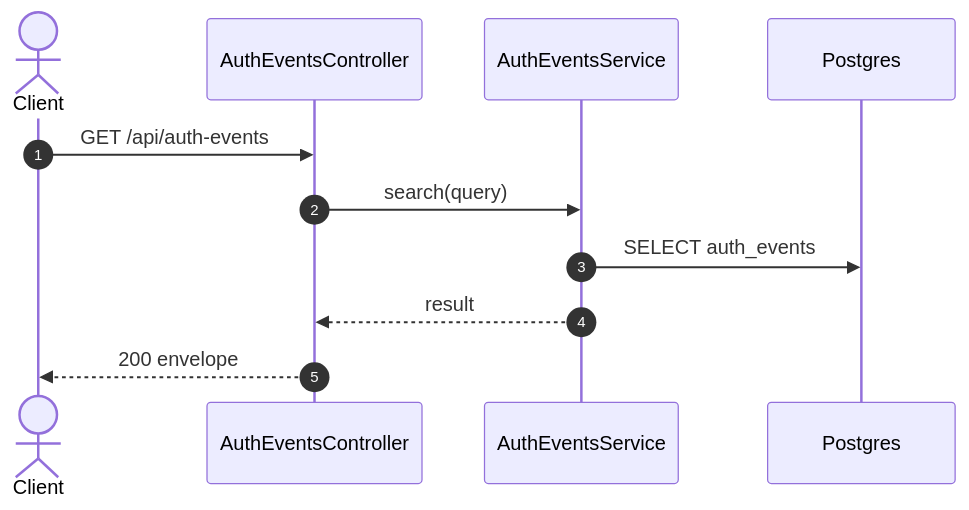
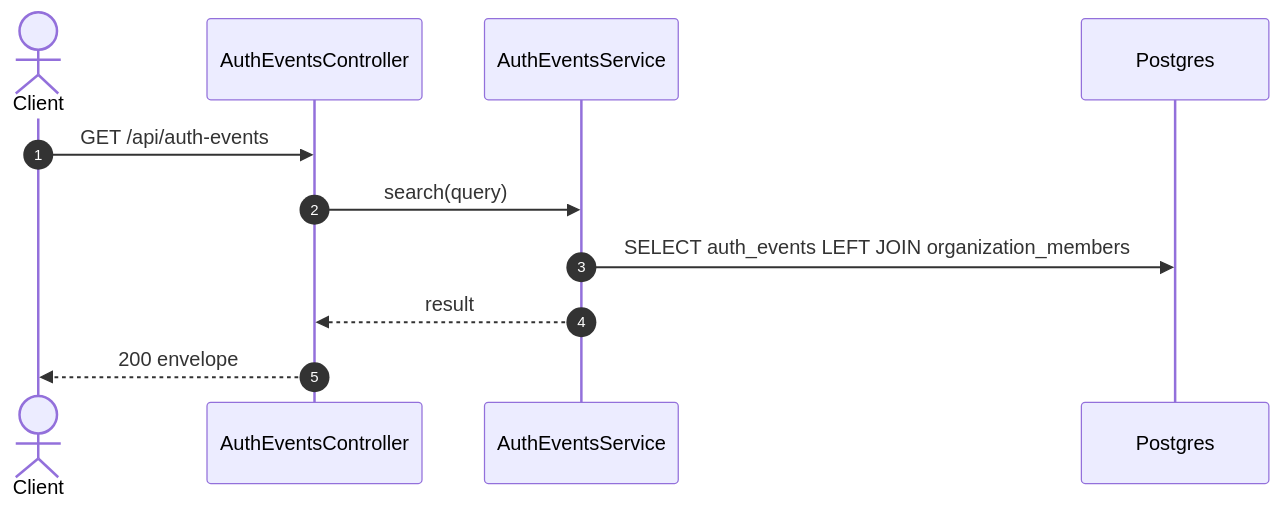
Before and after one commit to TrekLink-Team/treklink-web: the second of 2 diagrams in specs/auth/api-design/17-get-auth-events.md, drawn with Mermaid. The commit also changed other lines of this file and 26 other files, not shown here.

````diff
--- a/specs/auth/api-design/17-get-auth-events.md
+++ b/specs/auth/api-design/17-get-auth-events.md
@@ -143,13 +148,13 @@
 ```mermaid
 sequenceDiagram
     autonumber
     actor C as Client
     participant Ctl as AuthEventsController
     participant Svc as AuthEventsService
     participant DB as Postgres
     C->>Ctl: GET /api/auth-events
     Ctl->>Svc: search(query)
-    Svc->>DB: SELECT auth_events
+    Svc->>DB: SELECT auth_events LEFT JOIN organization_members
     Svc-->>Ctl: result
     Ctl-->>C: 200 envelope
 ```
````
